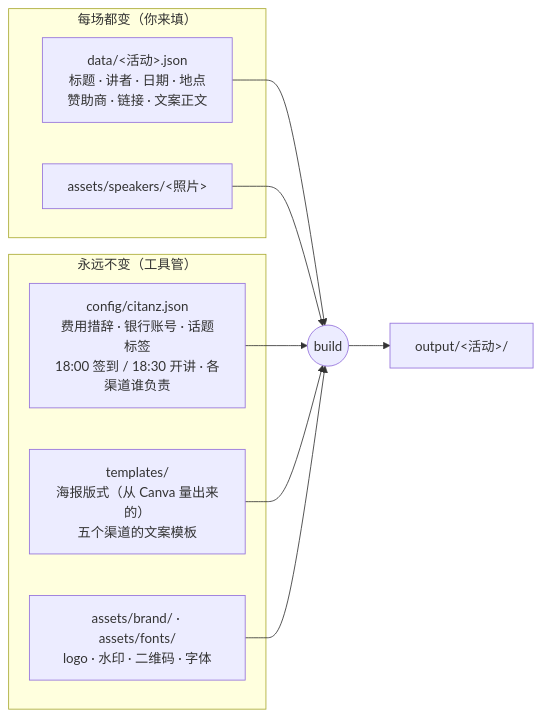
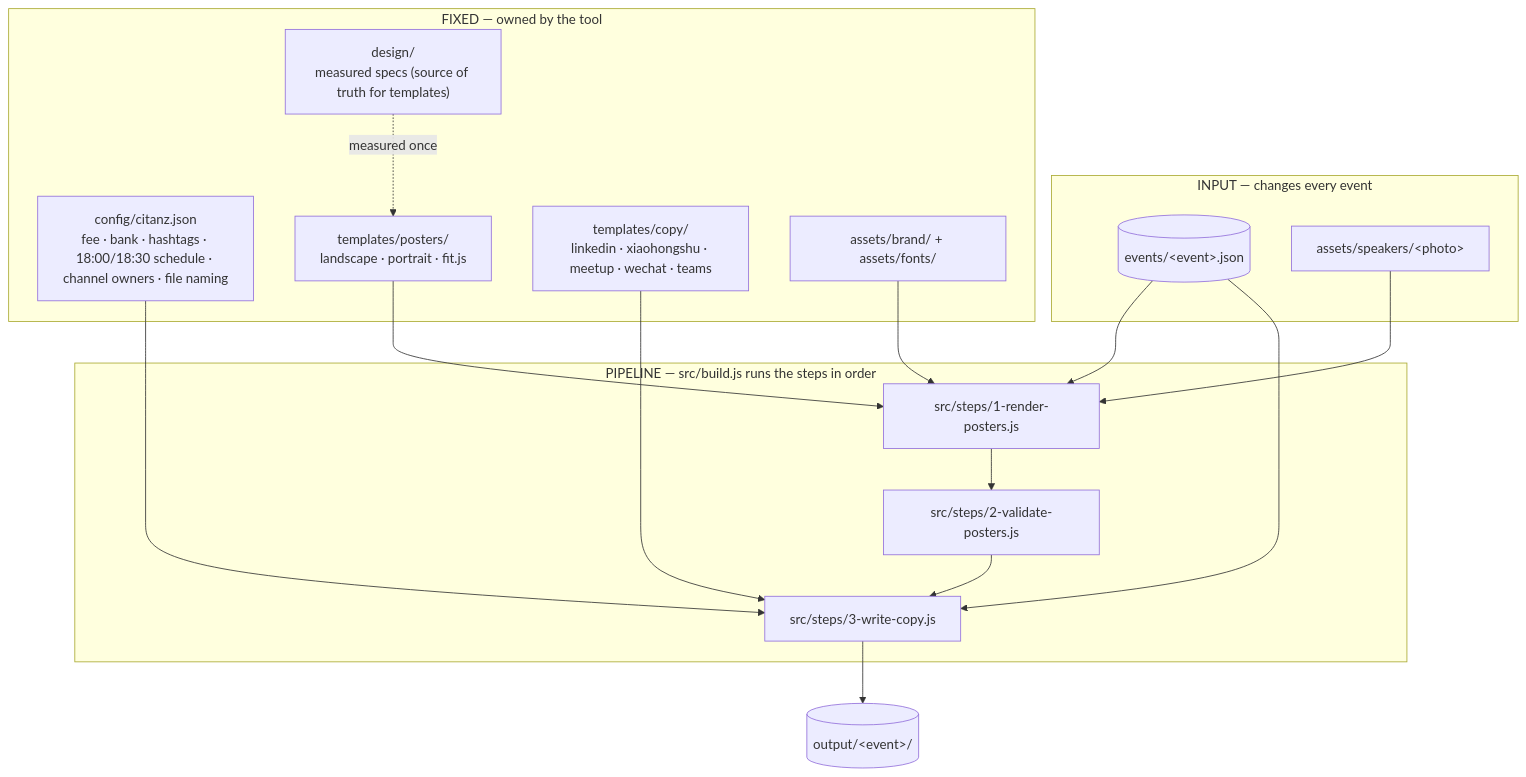
Before and after one commit to GabrielPower1969/citanz-meetup-generator: the second of 2 diagrams in README.md, drawn with Mermaid. The commit also changed other lines of this file and 38 other files, not shown here.

First line of the commit message:
Reorganise by data flow, numbered pipeline steps, bilingual README with previews, ARCHITECTURE docs (call graph, ERD, mind map)

````diff
--- a/README.md
+++ b/README.md
@@ -212,14 +77,21 @@
 ```mermaid
-flowchart LR
-  subgraph changes["每场都变（你来填）"]
-    E["data/&lt;活动&gt;.json<br/>标题 · 讲者 · 日期 · 地点<br/>赞助商 · 链接 · 文案正文"]
-    P["assets/speakers/&lt;照片&gt;"]
+flowchart TB
+  subgraph in["INPUT — changes every event"]
+    E[("events/&lt;event&gt;.json")]
+    PH["assets/speakers/&lt;photo&gt;"]
   end
-  subgraph fixed["永远不变（工具管）"]
-    C["config/citanz.json<br/>费用措辞 · 银行账号 · 话题标签<br/>18:00 签到 / 18:30 开讲 · 各渠道谁负责"]
-    T["templates/<br/>海报版式（从 Canva 量出来的）<br/>五个渠道的文案模板"]
-    B["assets/brand/ · assets/fonts/<br/>logo · 水印 · 二维码 · 字体"]
+  subgraph fixed["FIXED — owned by the tool"]
+    CF["config/citanz.json<br/>fee · bank · hashtags · 18:00/18:30 schedule · channel owners · file naming"]
+    TP["templates/posters/<br/>landscape · portrait · fit.js"]
+    TC["templates/copy/<br/>linkedin · xiaohongshu · meetup · wechat · teams"]
+    BR["assets/brand/ + assets/fonts/"]
+    DS["design/<br/>measured specs (source of truth for templates)"]
   end
-  E --> R((build)) ; P --> R ; C --> R ; T --> R ; B --> R
-  R --> O["output/&lt;活动&gt;/"]
+  subgraph pipe["PIPELINE — src/build.js runs the steps in order"]
+    S1["src/steps/1-render-posters.js"] --> S2["src/steps/2-validate-posters.js"] --> S3["src/steps/3-write-copy.js"]
+  end
+  E --> S1; PH --> S1; TP --> S1; BR --> S1
+  E --> S3; CF --> S3; TC --> S3
+  DS -. "measured once" .-> TP
+  S3 --> OUT[("output/&lt;event&gt;/")]
 ```
````
